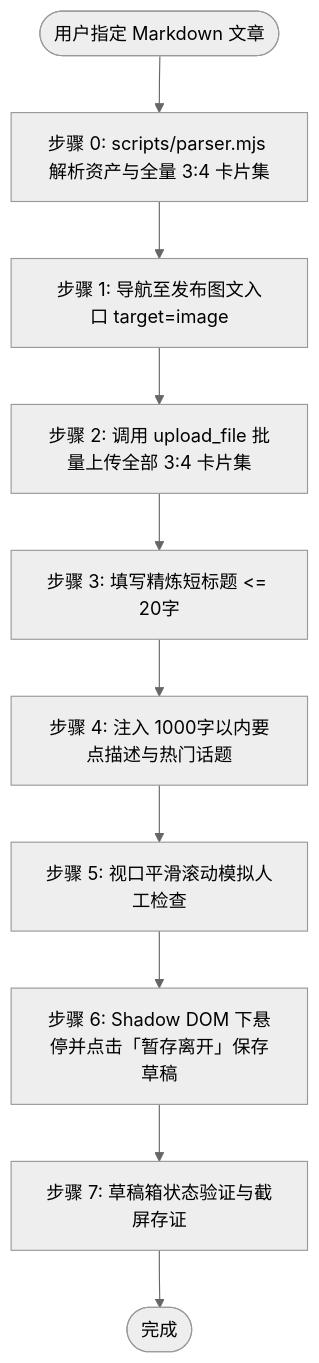
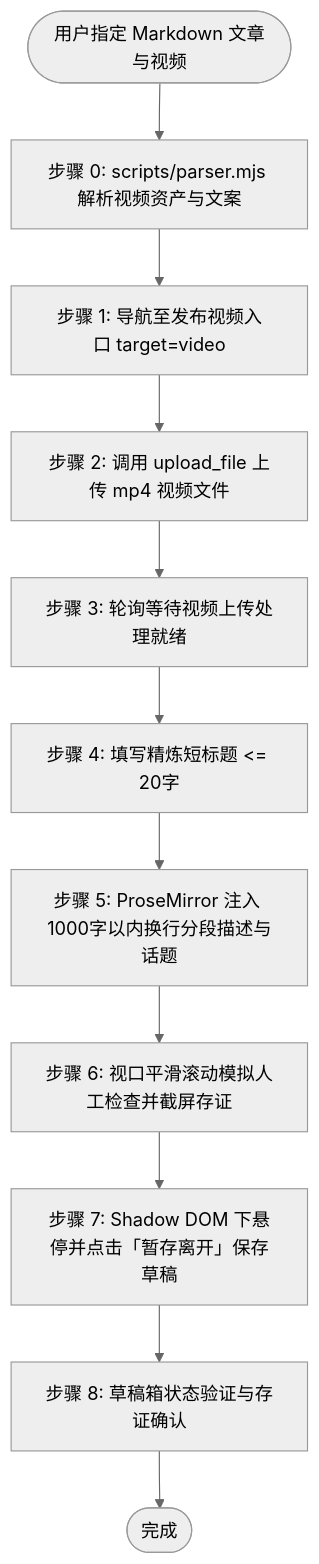
The diagram in skills/doudou-xiaohongshu/SKILL.md (undsky/doudou-publish-skills), drawn with Mermaid (neutral theme) before and after one commit. The commit also changed other lines of this file and 2 other files, not shown here.

````diff
--- a/skills/doudou-xiaohongshu/SKILL.md
+++ b/skills/doudou-xiaohongshu/SKILL.md
@@ -41,12 +48,13 @@
 ```mermaid
 flowchart TD
-    Start([用户指定 Markdown 文章]) --> Parse[步骤 0: scripts/parser.mjs 解析资产与全量 3:4 卡片集]
-    Parse --> Nav[步骤 1: 导航至发布图文入口 target=image]
-    Nav --> Upload[步骤 2: 调用 upload_file 批量上传全部 3:4 卡片集]
-    Upload --> Title[步骤 3: 填写精炼短标题 <= 20字]
-    Title --> Desc[步骤 4: 注入 1000字以内要点描述与热门话题]
-    Desc --> Scroll[步骤 5: 视口平滑滚动模拟人工检查]
-    Scroll --> Save[步骤 6: Shadow DOM 下悬停并点击「暂存离开」保存草稿]
-    Save --> Verify[步骤 7: 草稿箱状态验证与截屏存证]
+    Start([用户指定 Markdown 文章与视频]) --> Parse[步骤 0: scripts/parser.mjs 解析视频资产与文案]
+    Parse --> Nav[步骤 1: 导航至发布视频入口 target=video]
+    Nav --> Upload[步骤 2: 调用 upload_file 上传 mp4 视频文件]
+    Upload --> Wait[步骤 3: 轮询等待视频上传处理就绪]
+    Wait --> Title[步骤 4: 填写精炼短标题 <= 20字]
+    Title --> Desc[步骤 5: ProseMirror 注入 1000字以内换行分段描述与话题]
+    Desc --> Scroll[步骤 6: 视口平滑滚动模拟人工检查并截屏存证]
+    Scroll --> Save[步骤 7: Shadow DOM 下悬停并点击「暂存离开」保存草稿]
+    Save --> Verify[步骤 8: 草稿箱状态验证与存证确认]
     Verify --> End([完成])
 ```
````
